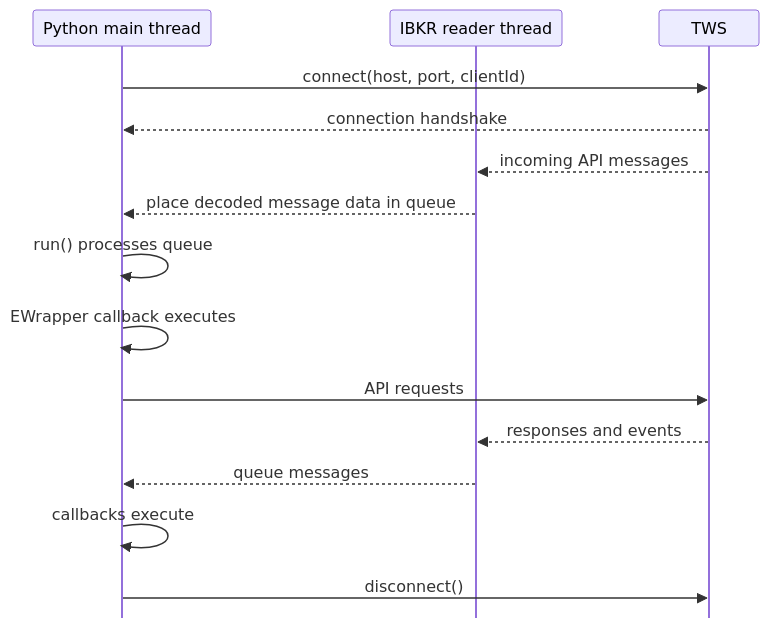
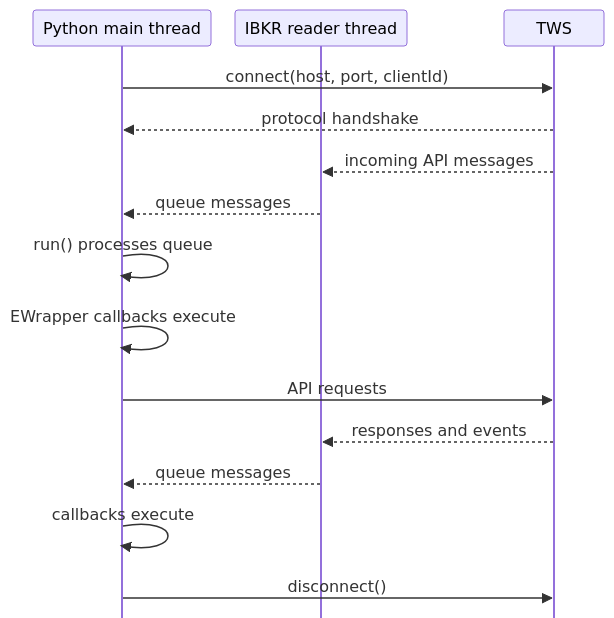
The first of 2 diagrams in docs/fundamentals/connection-lifecycle.md (Frallmeister/ibkr-tws-api-training), drawn with Mermaid before and after one commit. The commit also changed other lines of this file, not shown here.

Commit message:
docs: tighten connection lifecycle chapter

````diff
--- a/docs/fundamentals/connection-lifecycle.md
+++ b/docs/fundamentals/connection-lifecycle.md
@@ -27,31 +16,31 @@
 ```mermaid
 ---
 config:
   sequence:
     actorMargin: 24
     width: 100
     height: 36
     boxMargin: 4
     messageMargin: 22
     mirrorActors: false
     actorFontSize: 14px
     messageFontSize: 14px
     noteFontSize: 13px
 ---
 sequenceDiagram
     participant Main as Python main thread
     participant Reader as IBKR reader thread
     participant TWS
 
     Main->>TWS: connect(host, port, clientId)
-    TWS-->>Main: connection handshake
+    TWS-->>Main: protocol handshake
     TWS-->>Reader: incoming API messages
-    Reader-->>Main: place decoded message data in queue
+    Reader-->>Main: queue messages
     Main->>Main: run() processes queue
-    Main->>Main: EWrapper callback executes
+    Main->>Main: EWrapper callbacks execute
     Main->>TWS: API requests
     TWS-->>Reader: responses and events
     Reader-->>Main: queue messages
     Main->>Main: callbacks execute
     Main->>TWS: disconnect()
 ```
````
